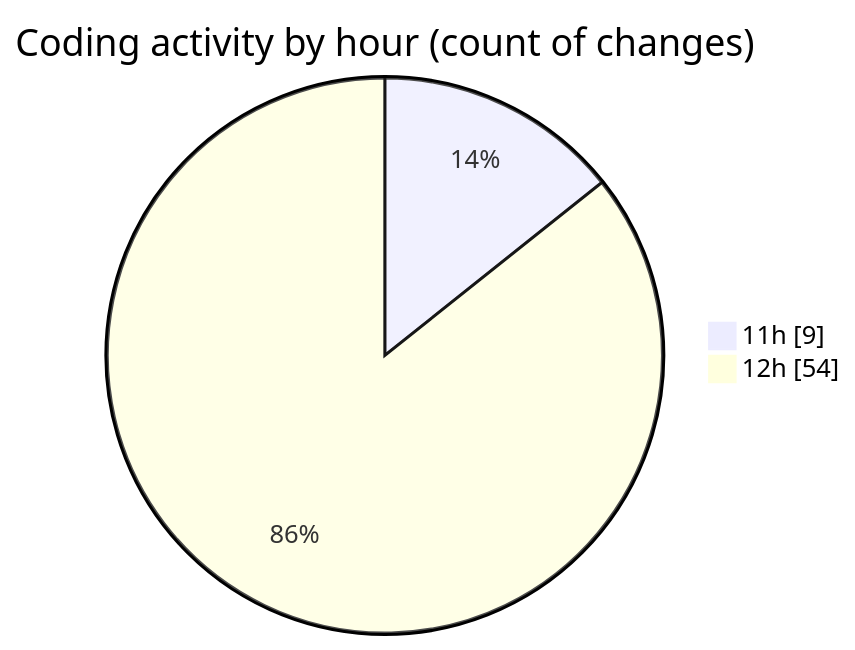
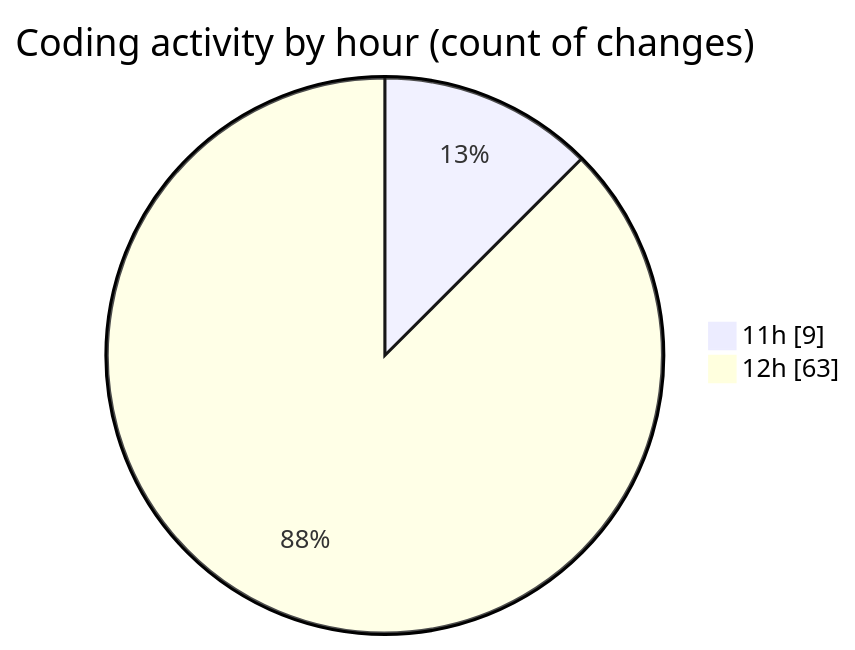
Before and after one commit to nxtqubesakshisongat/code-tracking: the second of 2 diagrams in 2026-08-23/nxtqube_webapp/README.md, drawn with Mermaid. The commit also changed other lines of this file and 1 other file, not shown here.

````diff
--- a/2026-08-23/nxtqube_webapp/README.md
+++ b/2026-08-23/nxtqube_webapp/README.md
@@ -50,6 +53,6 @@
 ```mermaid
 pie showData
 title Coding activity by hour (count of changes)
 "11h" : 9
-"12h" : 54
+"12h" : 63
 ```
````
